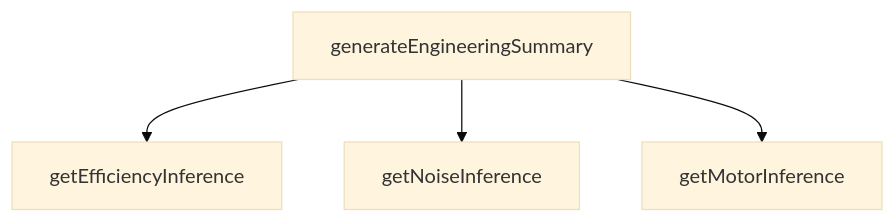
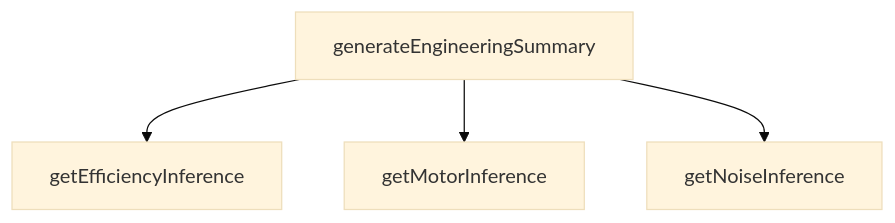
One commit to peckop/venthub-hvac-esite changed the diagram in src/utils/engineeringIntelligence.md. Above: the diagram before and after it, drawn with Mermaid (base theme). The commit also changed other lines of this file and 169 other files, not shown here.

````diff
--- a/src/utils/engineeringIntelligence.md
+++ b/src/utils/engineeringIntelligence.md
@@ -142,10 +142,10 @@
 ```mermaid
 graph TD
     engineeringIntelligence_ts__generateEngineeringSummary["generateEngineeringSummary"]
     engineeringIntelligence_ts__getEfficiencyInference["getEfficiencyInference"]
     engineeringIntelligence_ts__getMotorInference["getMotorInference"]
     engineeringIntelligence_ts__getNoiseInference["getNoiseInference"]
     engineeringIntelligence_ts__generateEngineeringSummary --> engineeringIntelligence_ts__getEfficiencyInference
+    engineeringIntelligence_ts__generateEngineeringSummary --> engineeringIntelligence_ts__getMotorInference
     engineeringIntelligence_ts__generateEngineeringSummary --> engineeringIntelligence_ts__getNoiseInference
-    engineeringIntelligence_ts__generateEngineeringSummary --> engineeringIntelligence_ts__getMotorInference
 ```
````
